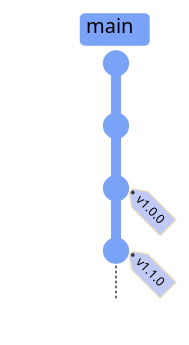
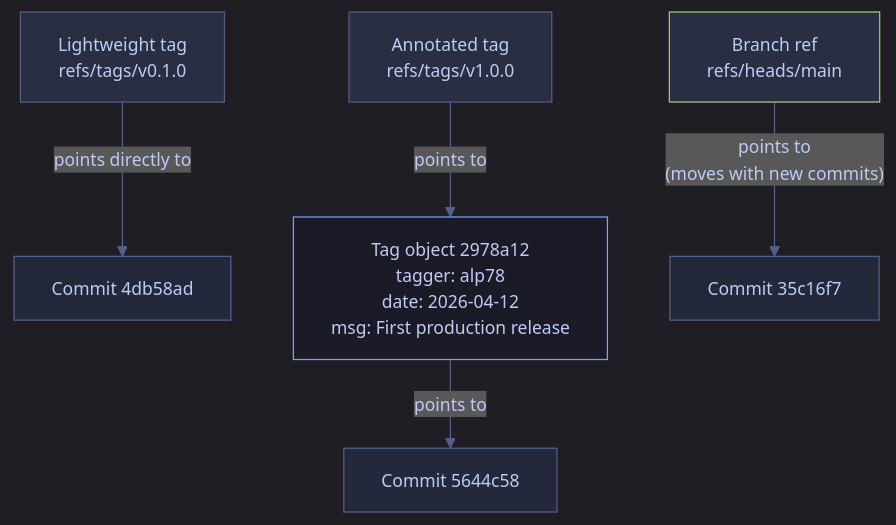
The first of 3 diagrams in content/08-Git/09-git-tagging-and-releases.md (alp78/elysium), drawn with Mermaid before and after one commit. The commit also changed other lines of this file and 6 other files, not shown here.

````diff
--- a/content/08-Git/09-git-tagging-and-releases.md
+++ b/content/08-Git/09-git-tagging-and-releases.md
@@ -38,8 +47,27 @@
 ```mermaid
-%%{init: {'theme': 'base', 'themeVariables': {'git0': '#7aa2f7', 'git1': '#f7768e', 'git2': '#9ece6a', 'git3': '#e0af68', 'git4': '#bb9af7', 'gitBranchLabel0': '#000000', 'gitBranchLabel1': '#000000', 'gitBranchLabel2': '#000000', 'gitBranchLabel3': '#000000', 'commitLabelColor': '#ffffff', 'commitLabelBackground': 'transparent', 'commitLabelFontSize': '14px', 'tagLabelColor': '#000000', 'tagLabelBackground': '#c0caf5'}, 'gitGraph': {'mainBranchName': 'main'}} }%%
-gitGraph TB:
-  commit id: "feat: source"
-  commit id: "fix: nulls"
-  commit id: "update deps" tag: "v1.0.0"
-  commit id: "feat: asia" tag: "v1.1.0"
+%%{init: {'theme': 'dark', 'themeVariables': {
+  'primaryColor': '#292e42',
+  'primaryTextColor': '#c0caf5',
+  'primaryBorderColor': '#565f89',
+  'lineColor': '#565f89',
+  'secondaryColor': '#1a1b26',
+  'tertiaryColor': '#24283b',
+  'noteTextColor': '#c0caf5',
+  'noteBkgColor': '#292e42',
+  'textColor': '#c0caf5',
+  'fontSize': '14px'
+}}}%%
+flowchart TD
+    LW["Lightweight tag<br/>refs/tags/v0.1.0"] -->|"points directly to"| C1["Commit 4db58ad"]
+    AT["Annotated tag<br/>refs/tags/v1.0.0"] -->|"points to"| TO["Tag object 2978a12<br/>tagger: alp78<br/>date: 2026-04-12<br/>msg: First production release"]
+    TO -->|"points to"| C2["Commit 5644c58"]
+    BR["Branch ref<br/>refs/heads/main"] -->|"points to<br/>(moves with new commits)"| C3["Commit 35c16f7"]
+
+    style LW fill:#292e42,stroke:#565f89,color:#c0caf5
+    style AT fill:#292e42,stroke:#565f89,color:#c0caf5
+    style TO fill:#1a1b26,stroke:#7aa2f7,color:#c0caf5
+    style C1 fill:#24283b,stroke:#565f89,color:#c0caf5
+    style C2 fill:#24283b,stroke:#565f89,color:#c0caf5
+    style C3 fill:#24283b,stroke:#565f89,color:#c0caf5
+    style BR fill:#292e42,stroke:#9ece6a,color:#c0caf5
 ```
````
